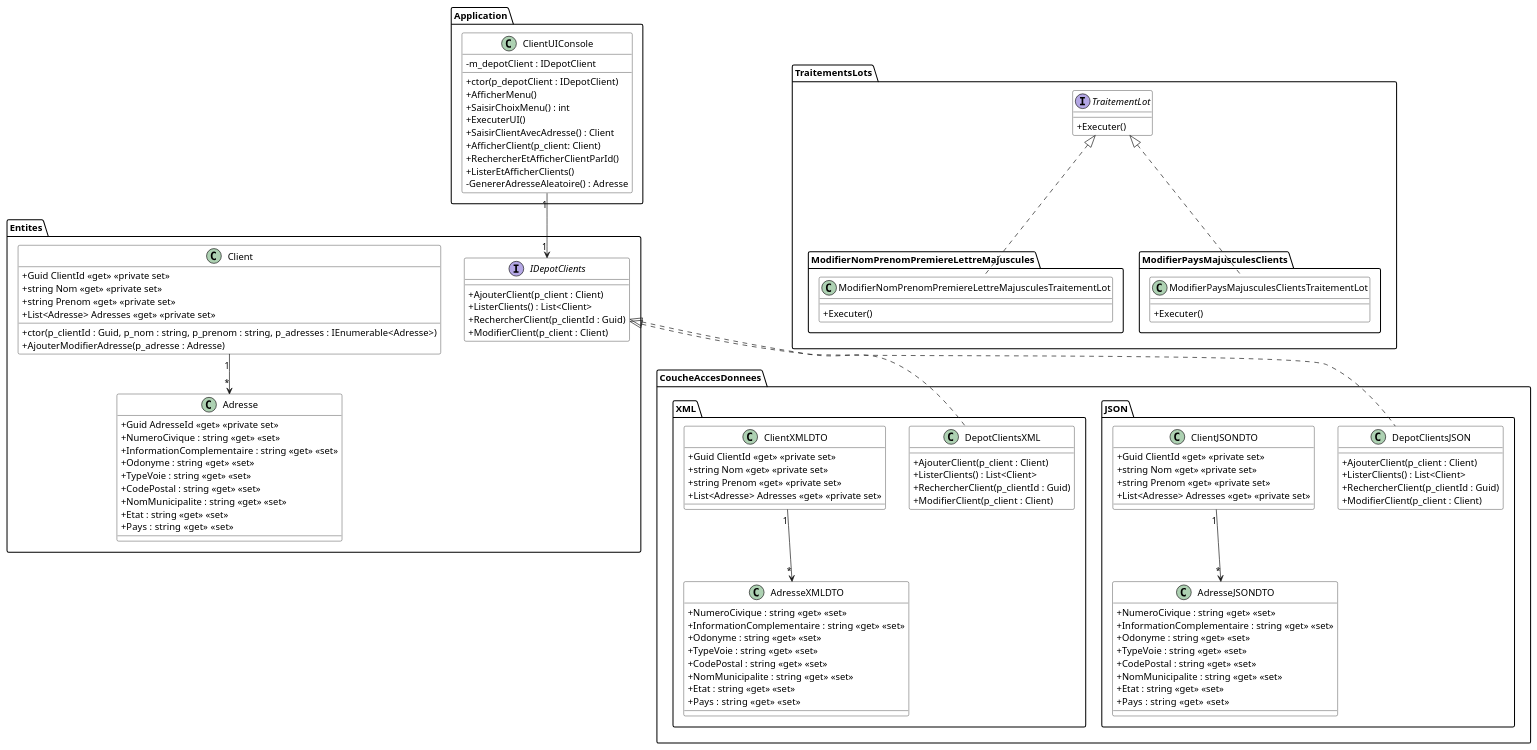
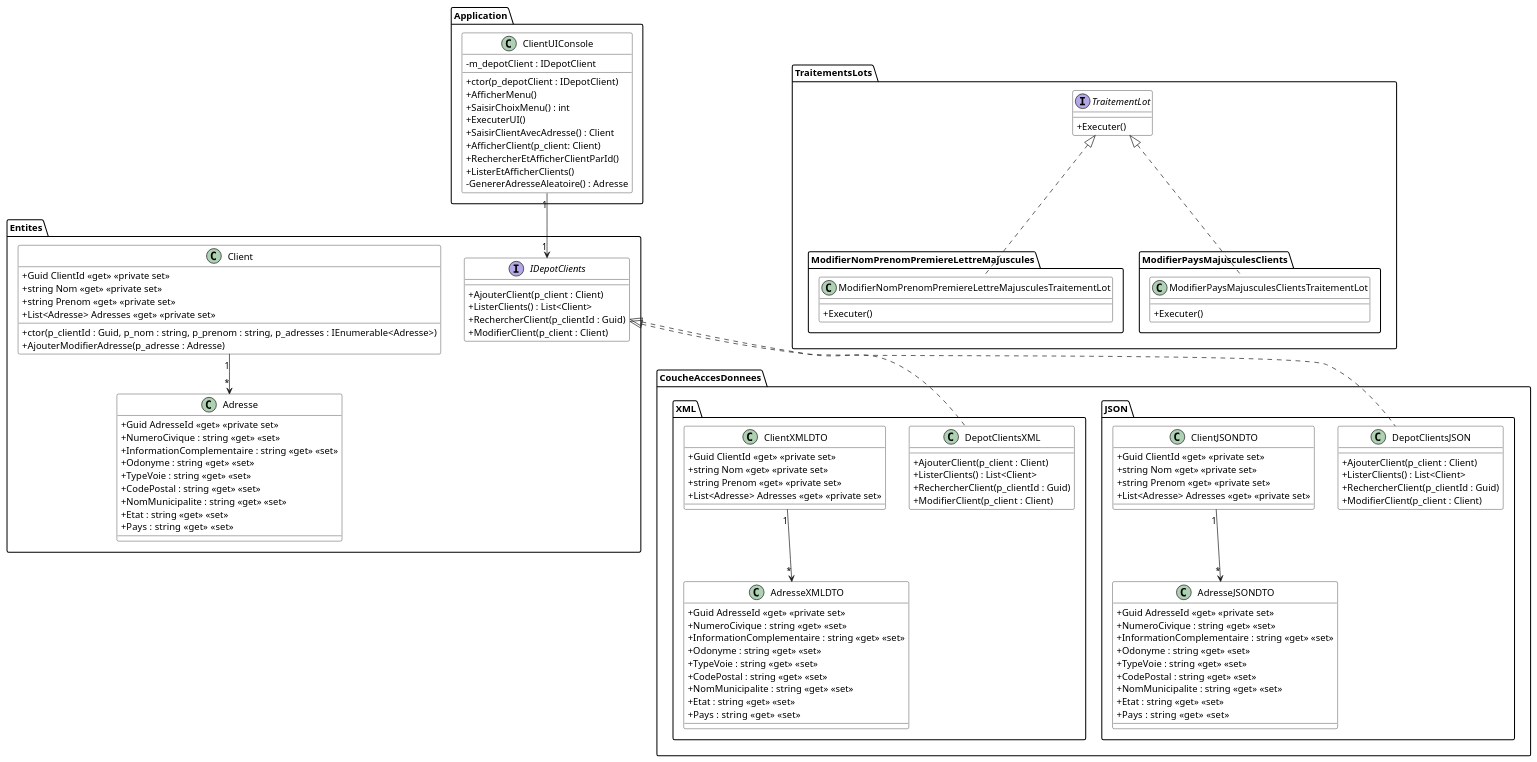
The diagram in Module06_Formats_Echanges/diag/src/DiagExerciceClients.wsd (PiFou86/420-W30-SF), drawn with PlantUML before and after one commit. The commit also changed 2 other files, not shown here.

```diff
--- a/Module06_Formats_Echanges/diag/src/DiagExerciceClients.wsd
+++ b/Module06_Formats_Echanges/diag/src/DiagExerciceClients.wsd
@@ -1,149 +1,151 @@
 @startuml DiagClassesClients
 
 skinparam classAttributeIconSize 0
 skinparam class {
     BackgroundColor White
     BorderColor #000
 }
 
 
 package Entites {
     Client "1" --> "*" Adresse
 
     class Client {
         + ctor(p_clientId : Guid, p_nom : string, p_prenom : string, p_adresses : IEnumerable<Adresse>)
         + Guid ClientId <<get>> <<private set>>
         + string Nom <<get>> <<private set>>
         + string Prenom <<get>> <<private set>>
         + List<Adresse> Adresses <<get>> <<private set>>
         + AjouterModifierAdresse(p_adresse : Adresse)
     }
 
     class Adresse {
         + Guid AdresseId <<get>> <<private set>>
         + NumeroCivique : string <<get>> <<set>>
         + InformationComplementaire : string <<get>> <<set>>
         + Odonyme : string <<get>> <<set>>
         + TypeVoie : string <<get>> <<set>>
         + CodePostal : string <<get>> <<set>>
         + NomMunicipalite : string <<get>> <<set>>
         + Etat : string <<get>> <<set>>
         + Pays : string  <<get>> <<set>>
     }
 
     interface IDepotClients {
         + AjouterClient(p_client : Client)
         + ListerClients() : List<Client>
         + RechercherClient(p_clientId : Guid)
         + ModifierClient(p_client : Client)
     }
 }
 
 package CoucheAccesDonnees.JSON {
     IDepotClients <|.. DepotClientsJSON
     ClientJSONDTO "1" --> "*" AdresseJSONDTO
 
     class ClientJSONDTO {
         + Guid ClientId <<get>> <<private set>>
         + string Nom <<get>> <<private set>>
         + string Prenom <<get>> <<private set>>
         + List<Adresse> Adresses <<get>> <<private set>>
     }
 
     class AdresseJSONDTO {
+        + Guid AdresseId <<get>> <<private set>>
         + NumeroCivique : string <<get>> <<set>>
         + InformationComplementaire : string <<get>> <<set>>
         + Odonyme : string <<get>> <<set>>
         + TypeVoie : string <<get>> <<set>>
         + CodePostal : string <<get>> <<set>>
         + NomMunicipalite : string <<get>> <<set>>
         + Etat : string <<get>> <<set>>
         + Pays : string  <<get>> <<set>>
     }
 
     class DepotClientsJSON {
         + AjouterClient(p_client : Client)
         + ListerClients() : List<Client>
         + RechercherClient(p_clientId : Guid)
         + ModifierClient(p_client : Client)
     }
 }
 
 package CoucheAccesDonnees.XML {
     IDepotClients <|.. DepotClientsXML
     ClientXMLDTO "1" --> "*" AdresseXMLDTO
 
     class ClientXMLDTO {
         + Guid ClientId <<get>> <<private set>>
         + string Nom <<get>> <<private set>>
         + string Prenom <<get>> <<private set>>
         + List<Adresse> Adresses <<get>> <<private set>>
     }
 
     class DepotClientsXML {
         + AjouterClient(p_client : Client)
         + ListerClients() : List<Client>
         + RechercherClient(p_clientId : Guid)
         + ModifierClient(p_client : Client)
     }
 
     class AdresseXMLDTO {
+        + Guid AdresseId <<get>> <<private set>>
         + NumeroCivique : string <<get>> <<set>>
         + InformationComplementaire : string <<get>> <<set>>
         + Odonyme : string <<get>> <<set>>
         + TypeVoie : string <<get>> <<set>>
         + CodePostal : string <<get>> <<set>>
         + NomMunicipalite : string <<get>> <<set>>
         + Etat : string <<get>> <<set>>
         + Pays : string  <<get>> <<set>>
     }
 }
 
 package Application {
     ClientUIConsole "1" --> "1" IDepotClients
 
     class ClientUIConsole {
         - m_depotClient : IDepotClient
         + ctor(p_depotClient : IDepotClient)
         + AfficherMenu()
         + SaisirChoixMenu() : int
         + ExecuterUI()
         + SaisirClientAvecAdresse() : Client
         + AfficherClient(p_client: Client)
         + RechercherEtAfficherClientParId()
         + ListerEtAfficherClients()
         - GenererAdresseAleatoire() : Adresse
     }
 }
 
 package TraitementsLots {
     interface TraitementLot {
         + Executer()
     }
 }
 
 package TraitementsLots.ModifierNomPrenomPremiereLettreMajuscules {
     TraitementLot <|.. ModifierNomPrenomPremiereLettreMajusculesTraitementLot
 
     class ModifierNomPrenomPremiereLettreMajusculesTraitementLot {
         + Executer()
     }
 }
 
 package TraitementsLots.ModifierPaysMajusculesClients {
     TraitementLot <|.. ModifierPaysMajusculesClientsTraitementLot
 
     class ModifierPaysMajusculesClientsTraitementLot {
         + Executer()
     }
 }
 
 ' TraitementsLots <.. TraitementsLots.ModifierNomPrenomPremiereLettreMajuscules
 ' TraitementsLots <.. TraitementsLots.ModifierPaysMajusculesClients
 
 ' Entites <.. CoucheAccesDonnees.JSON
 ' Entites <.. CoucheAccesDonnees.XML
 ' Entites <.. Application
 ' Entites <.. TraitementsLots
 
 @enduml
```
